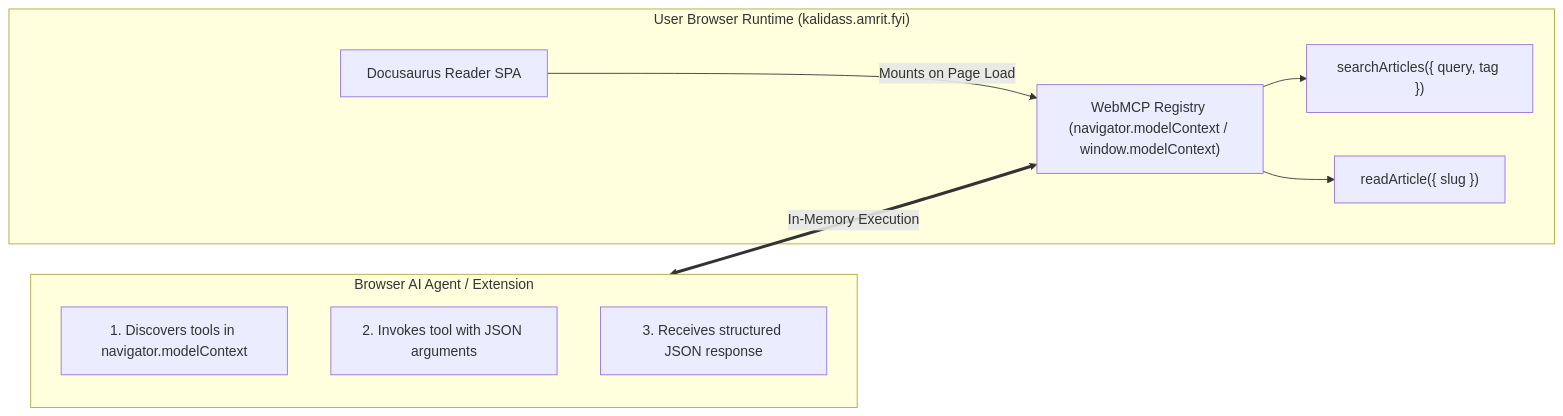
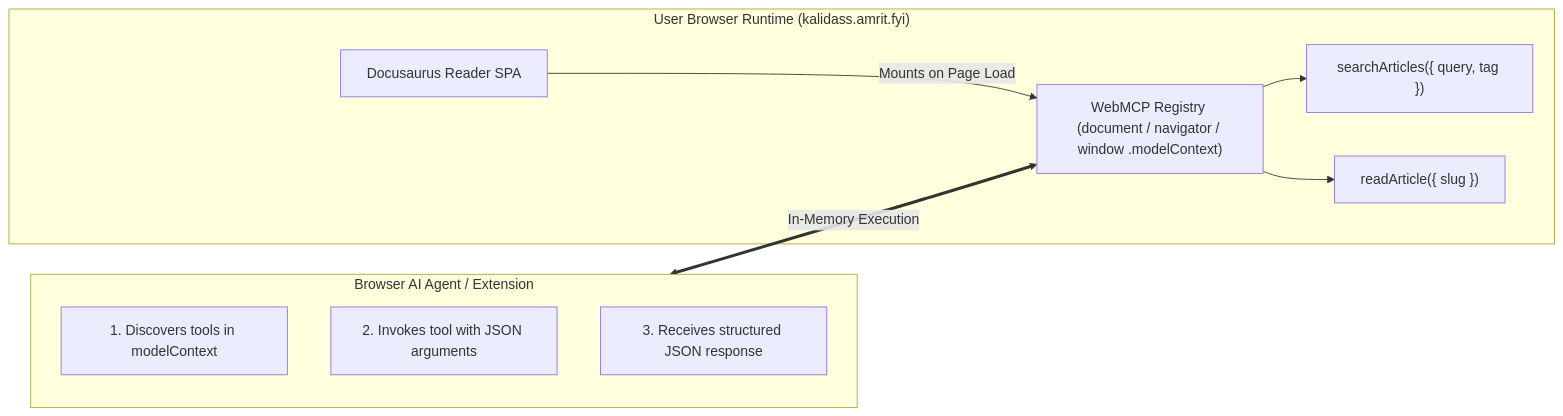
One commit to AmritSDutta/kalidass changed the diagram in docs/webmcp.mdx. Above: the diagram before and after it, drawn with Mermaid. The commit also changed other lines of this file and 2 other files, not shown here.

Commit message:
webmcp extended for additional tools

````diff
--- a/docs/webmcp.mdx
+++ b/docs/webmcp.mdx
@@ -16,18 +16,18 @@
 ```mermaid
 flowchart LR
     subgraph Browser["User Browser Runtime (kalidass.amrit.fyi)"]
         Docusaurus["Docusaurus Reader SPA"]
-        Registry["WebMCP Registry (navigator.modelContext / window.modelContext)"]
+        Registry["WebMCP Registry (document / navigator / window .modelContext)"]
         SearchTool["searchArticles({ query, tag })"]
         ReadTool["readArticle({ slug })"]
         Docusaurus -->|Mounts on Page Load| Registry
         Registry --> SearchTool
         Registry --> ReadTool
     end
     subgraph Agent["Browser AI Agent / Extension"]
-        Discover["1. Discovers tools in navigator.modelContext"]
+        Discover["1. Discovers tools in modelContext"]
         Call["2. Invokes tool with JSON arguments"]
         Result["3. Receives structured JSON response"]
     end
     Agent <==>|In-Memory Execution| Registry
 ```
````
